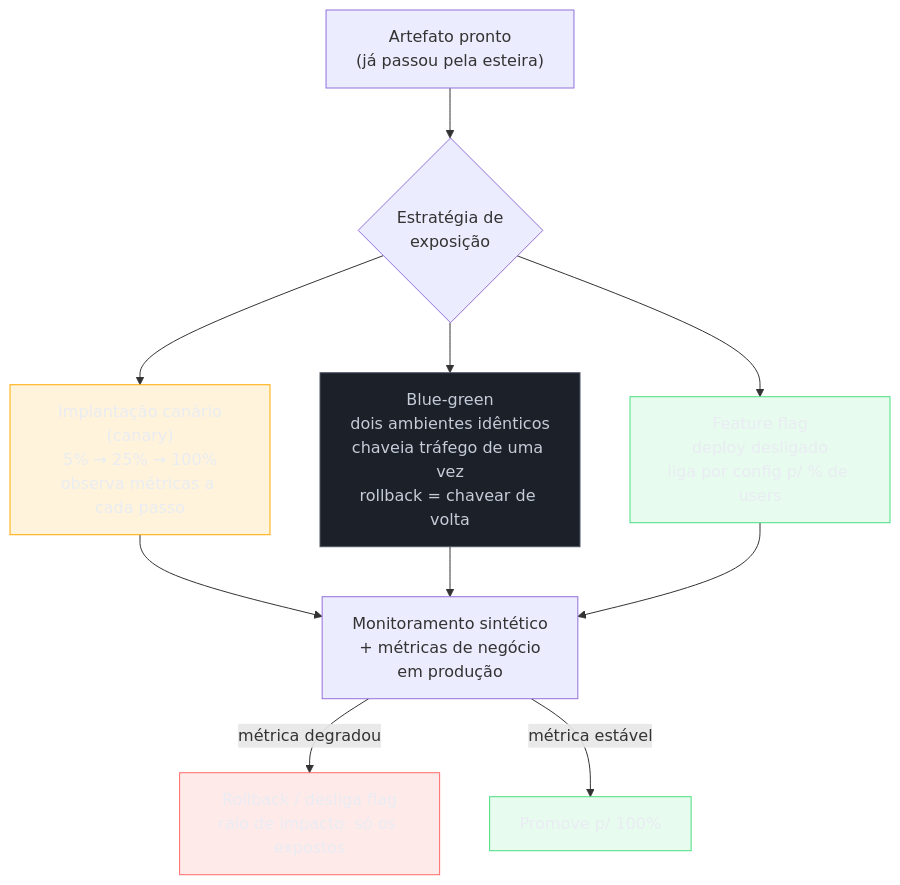
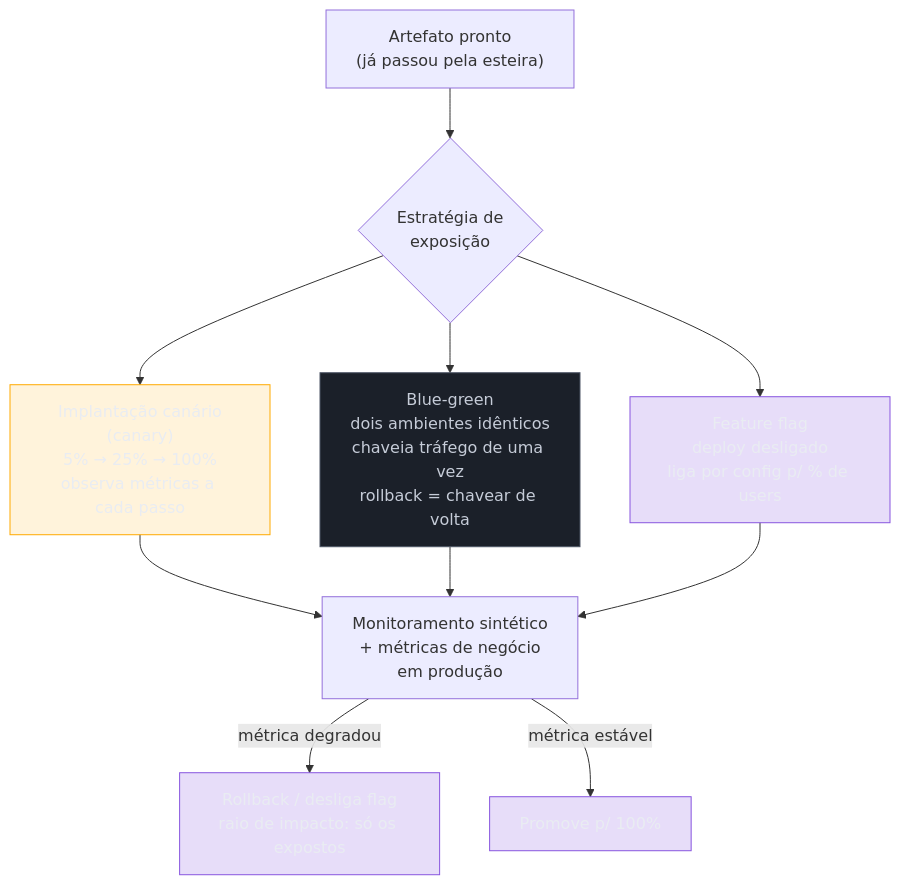
Before and after one commit to josenaldo/codex-technomanticus: the seventh of 8 diagrams in 03-Dominios/Engenharia/Testes/15 - Testes em CI-CD.md, drawn with Mermaid. The commit also changed other lines of this file and 601 other files, not shown here.

````diff
--- a/03-Dominios/Engenharia/Testes/15 - Testes em CI-CD.md
+++ b/03-Dominios/Engenharia/Testes/15 - Testes em CI-CD.md
@@ -269,21 +269,20 @@
 ```mermaid
 flowchart TD
+    classDef marca fill:#8855DF33,stroke:#8855DF,color:#E9ECF2
     classDef destaque fill:#FFAA0024,stroke:#FFAA00,color:#E9ECF2
     classDef neutro fill:#1B2029,stroke:#4E5666,color:#C6CCD8
-    classDef ok fill:#4ADE8021,stroke:#4ADE80,color:#E9ECF2
-    classDef falha fill:#FF6B6B24,stroke:#FF6B6B,color:#E9ECF2
     Deploy["Artefato pronto<br/>(já passou pela esteira)"] --> Strat{"Estratégia de<br/>exposição"}
     Strat --> Canary["Implantação canário<br/>(canary)<br/>5% → 25% → 100%<br/>observa métricas a cada passo"]
     Strat --> BG["Blue-green<br/>dois ambientes idênticos<br/>chaveia tráfego de uma vez<br/>rollback = chavear de volta"]
     Strat --> Flag["Feature flag<br/>deploy desligado<br/>liga por config p/ % de users"]
     Canary --> Mon["Monitoramento sintético<br/>+ métricas de negócio<br/>em produção"]
     BG --> Mon
     Flag --> Mon
     Mon -->|métrica degradou| RB["Rollback / desliga flag<br/>raio de impacto: só os expostos"]
     Mon -->|métrica estável| Full["Promove p/ 100%"]
     class Canary destaque
     class BG neutro
-    class Flag ok
-    class RB falha
-    class Full ok
+    class Flag marca
+    class RB marca
+    class Full marca
 ```
````
